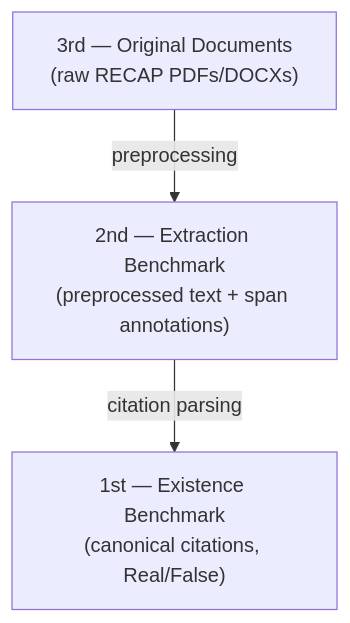
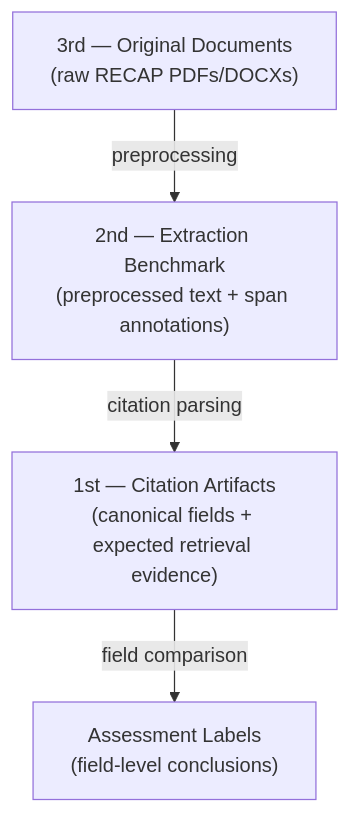
One commit to gt-csse/mellea-lrc changed the diagram in docs/development/Benchmark.md. Above: the diagram before and after it, drawn with Mermaid. The commit also changed other lines of this file and 19 other files, not shown here.

````diff
--- a/docs/development/Benchmark.md
+++ b/docs/development/Benchmark.md
@@ -5,6 +7,7 @@
 ```mermaid
 graph TD
     L3["3rd — Original Documents<br>(raw RECAP PDFs/DOCXs)"]
     L3 -->|preprocessing| L2["2nd — Extraction Benchmark<br>(preprocessed text + span annotations)"]
-    L2 -->|citation parsing| L1["1st — Existence Benchmark<br>(canonical citations, Real/False)"]
+    L2 -->|citation parsing| L1["1st — Citation Artifacts<br>(canonical fields + expected retrieval evidence)"]
+    L1 -->|field comparison| A["Assessment Labels<br>(field-level conclusions)"]
 ```
````
